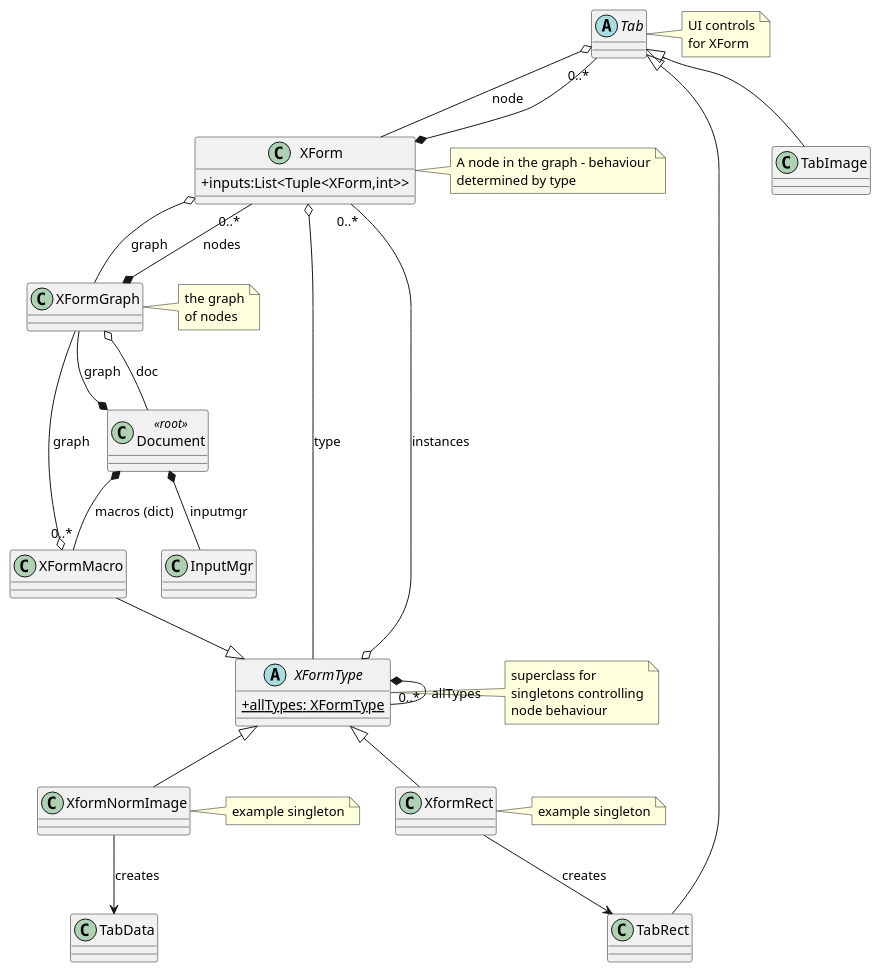
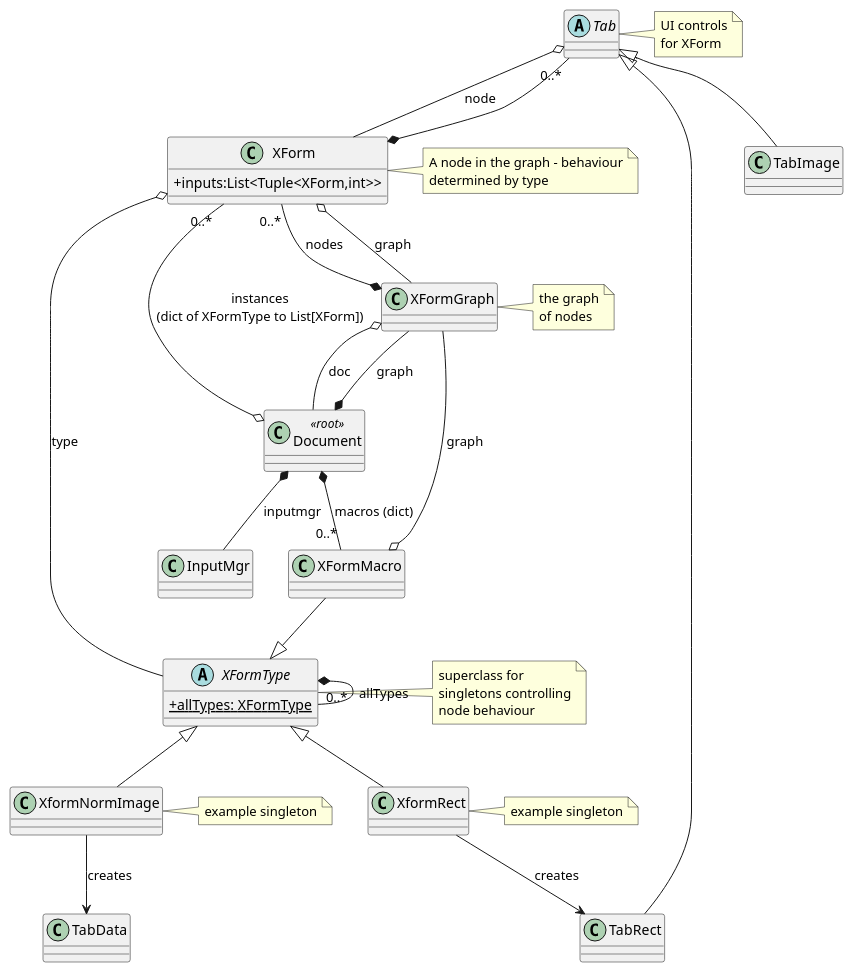
The diagram in docs/xform.plantuml (AU-ExoMars/PCOT), drawn with PlantUML before and after one commit. The commit also changed 4 other files, not shown here.

Commit message:
doc update for issue #57 changes, plus putting the macro UML class diagram back in.

```diff
--- a/docs/xform.plantuml
+++ b/docs/xform.plantuml
@@ -1,75 +1,75 @@
 @startuml
 skinparam classAttributeIconSize 0
 
 class Document<<root>>
 
 Document *-- XFormGraph : graph
 Document *-- "0..*" XFormMacro : macros (dict)
 Document *-- InputMgr : inputmgr
 
 XFormMacro --|> XFormType
 XFormMacro o-- XFormGraph : graph
 XFormGraph o-- Document : doc
 
 
 class XForm {
     +inputs:List<Tuple<XForm,int>>
 }
 note right of XForm
 A node in the graph - behaviour
 determined by type
 end note
 
 abstract class XFormType {
     +{static} allTypes: XFormType
 }
 note right of XFormType
 superclass for
 singletons controlling
 node behaviour
 end note
 
 XFormType *-- "0..*" XFormType : allTypes
 
 XFormGraph *-- "0..*" XForm : nodes
 
-XFormType o-- "0..*" XForm : instances
+Document o-- "0..*" XForm : instances\n(dict of XFormType to List[XForm])
 
 XForm o-- XFormType : type 
 XForm o-- XFormGraph : graph
 
 note right of XFormGraph
 the graph
 of nodes
 end note
 
 XformNormImage -up-|> XFormType
 XformRect -up-|> XFormType
 
 note right of XformNormImage
 example singleton
 end note
 note right of XformRect
 example singleton
 end note
 
 XformRect --> TabRect: creates
 XformNormImage --> TabData: creates
 
 abstract class Tab {
 }
 
 TabImage -up-|> Tab
 TabRect -up-|> Tab
 
 
 Tab o-- XForm:node
 note right of Tab
 UI controls
 for XForm
 end note
 
 XForm *-- "0..*" Tab
 
 
 @enduml
```
